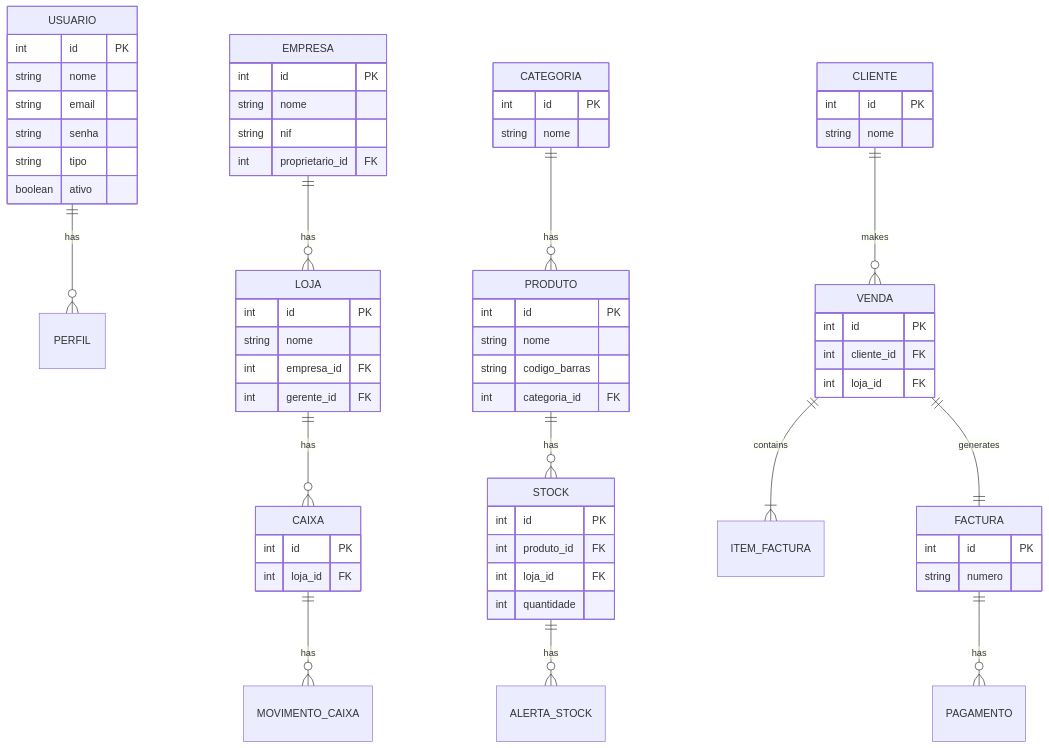
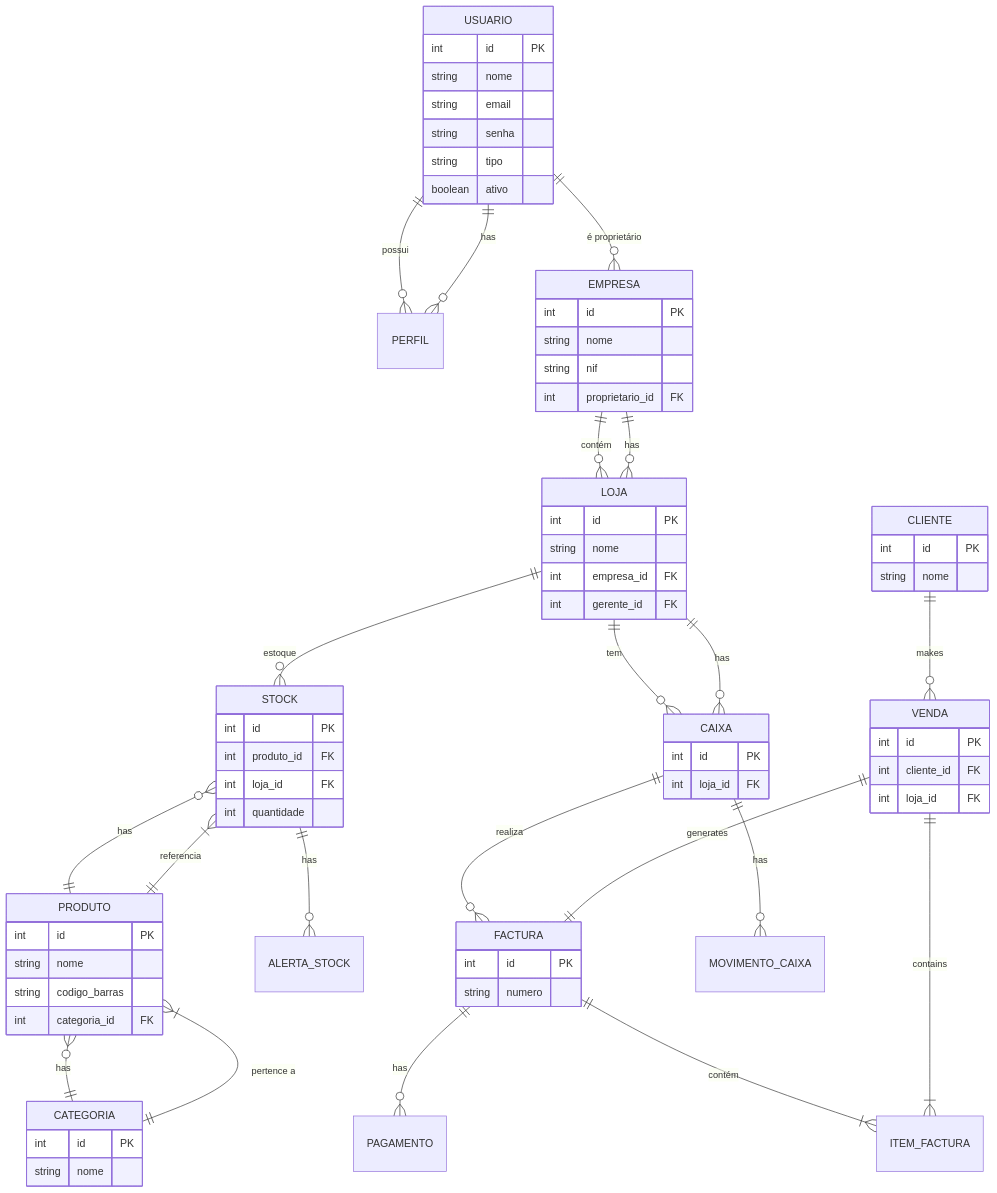
The diagram in README.md (WildKnuckles/Portfolio), drawn with Mermaid before and after one commit.

````diff
--- a/README.md
+++ b/README.md
@@ -73,4 +73,16 @@
         int id PK
         int loja_id FK
     }
+
+
+
+    USUARIO ||--o{ PERFIL : "possui"
+    USUARIO ||--o{ EMPRESA : "é proprietário"
+    EMPRESA ||--o{ LOJA : "contém"
+    LOJA ||--o{ CAIXA : "tem"
+    CAIXA ||--o{ FACTURA : "realiza"
+    FACTURA ||--|{ ITEM_FACTURA : "contém"
+    LOJA ||--o{ STOCK : "estoque"
+    STOCK }|--|| PRODUTO : "referencia"
+    PRODUTO }|--|| CATEGORIA : "pertence a"
 ```
````
